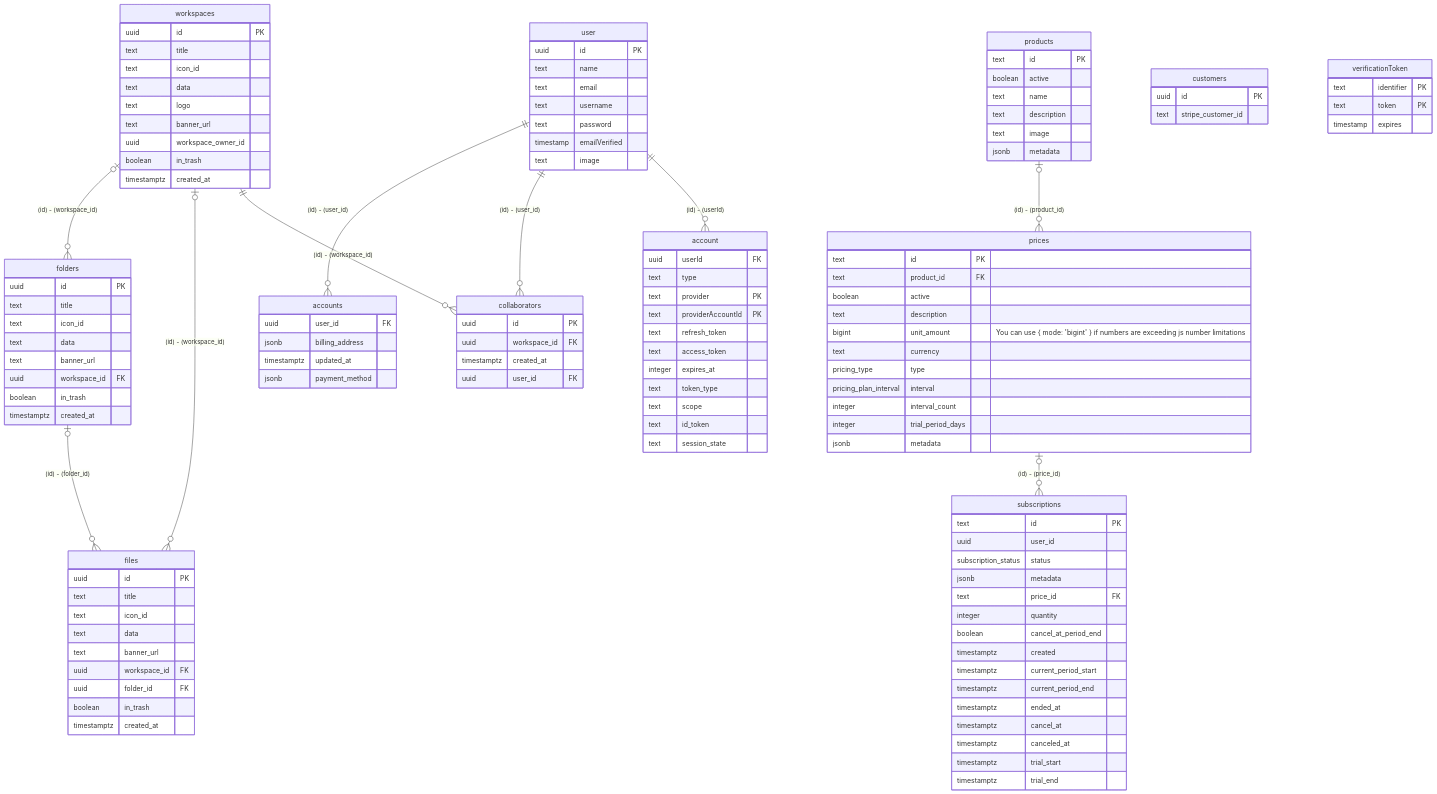
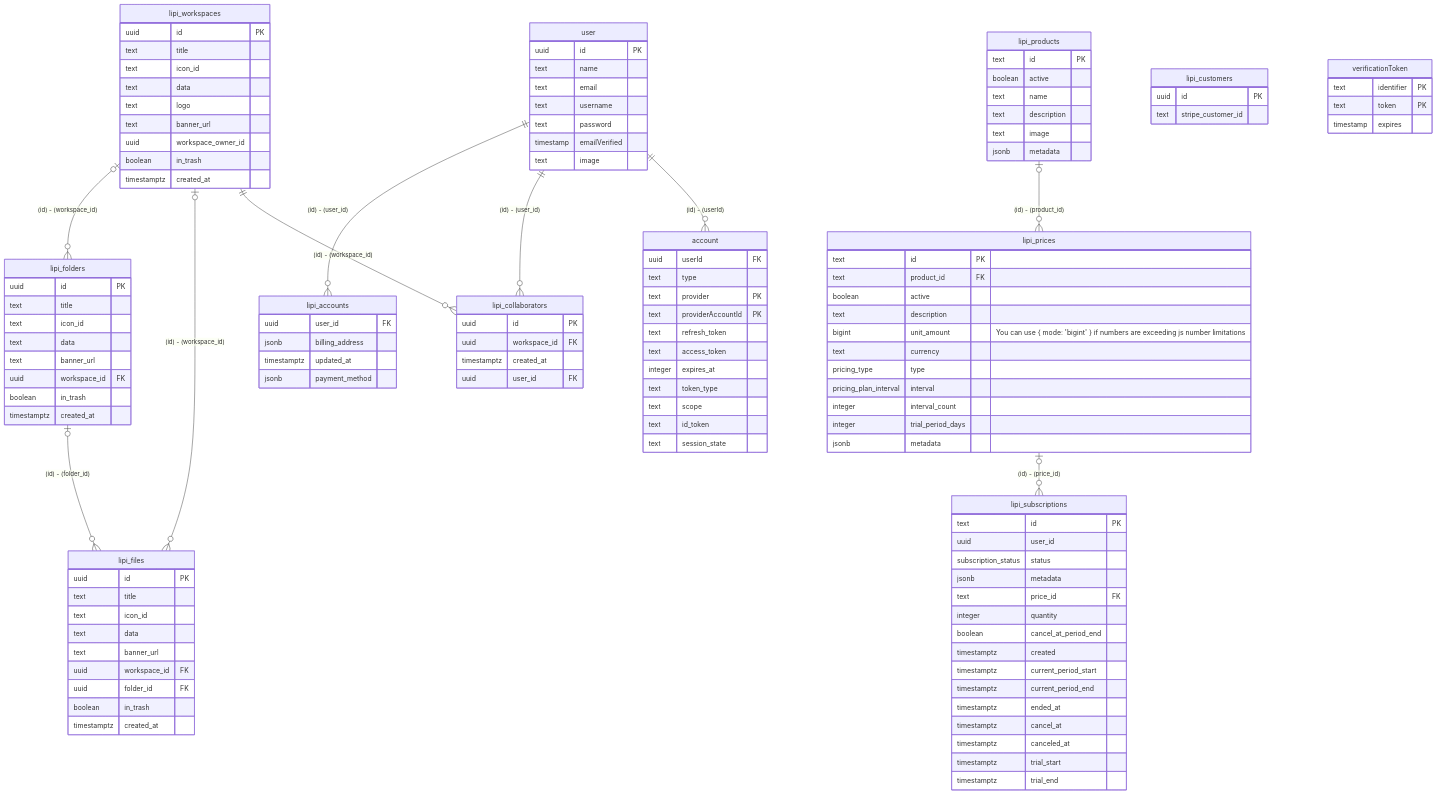
One commit to nakita628/drizzler-examples changed the diagram in apps/lipi/docs/er.md. Above: the diagram before and after it, drawn with Mermaid. The commit also changed 439 other files, not shown here.

````diff
--- a/apps/lipi/docs/er.md
+++ b/apps/lipi/docs/er.md
@@ -1,15 +1,15 @@
 ```mermaid
 erDiagram
-    workspaces |o--o{ folders : "(id) - (workspace_id)"
-    workspaces |o--o{ files : "(id) - (workspace_id)"
-    folders |o--o{ files : "(id) - (folder_id)"
-    user ||--o{ accounts : "(id) - (user_id)"
-    products |o--o{ prices : "(id) - (product_id)"
-    prices |o--o{ subscriptions : "(id) - (price_id)"
-    workspaces ||--o{ collaborators : "(id) - (workspace_id)"
-    user ||--o{ collaborators : "(id) - (user_id)"
+    lipi_workspaces |o--o{ lipi_folders : "(id) - (workspace_id)"
+    lipi_workspaces |o--o{ lipi_files : "(id) - (workspace_id)"
+    lipi_folders |o--o{ lipi_files : "(id) - (folder_id)"
+    user ||--o{ lipi_accounts : "(id) - (user_id)"
+    lipi_products |o--o{ lipi_prices : "(id) - (product_id)"
+    lipi_prices |o--o{ lipi_subscriptions : "(id) - (price_id)"
+    lipi_workspaces ||--o{ lipi_collaborators : "(id) - (workspace_id)"
+    user ||--o{ lipi_collaborators : "(id) - (user_id)"
     user ||--o{ account : "(id) - (userId)"
-    workspaces {
+    lipi_workspaces {
         uuid id PK
         text title
         text icon_id
@@ -20,7 +20,7 @@
         boolean in_trash
         timestamptz created_at
     }
-    folders {
+    lipi_folders {
         uuid id PK
         text title
         text icon_id
@@ -30,7 +30,7 @@
         boolean in_trash
         timestamptz created_at
     }
-    files {
+    lipi_files {
         uuid id PK
         text title
         text icon_id
@@ -41,17 +41,17 @@
         boolean in_trash
         timestamptz created_at
     }
-    accounts {
+    lipi_accounts {
         uuid user_id FK
         jsonb billing_address
         timestamptz updated_at
         jsonb payment_method
     }
-    customers {
+    lipi_customers {
         uuid id PK
         text stripe_customer_id
     }
-    prices {
+    lipi_prices {
         text id PK
         text product_id FK
         boolean active
@@ -64,7 +64,7 @@
         integer trial_period_days
         jsonb metadata
     }
-    products {
+    lipi_products {
         text id PK
         boolean active
         text name
@@ -72,7 +72,7 @@
         text image
         jsonb metadata
     }
-    subscriptions {
+    lipi_subscriptions {
         text id PK
         uuid user_id
         subscription_status status
@@ -89,7 +89,7 @@
         timestamptz trial_start
         timestamptz trial_end
     }
-    collaborators {
+    lipi_collaborators {
         uuid id PK
         uuid workspace_id FK
         timestamptz created_at
````
